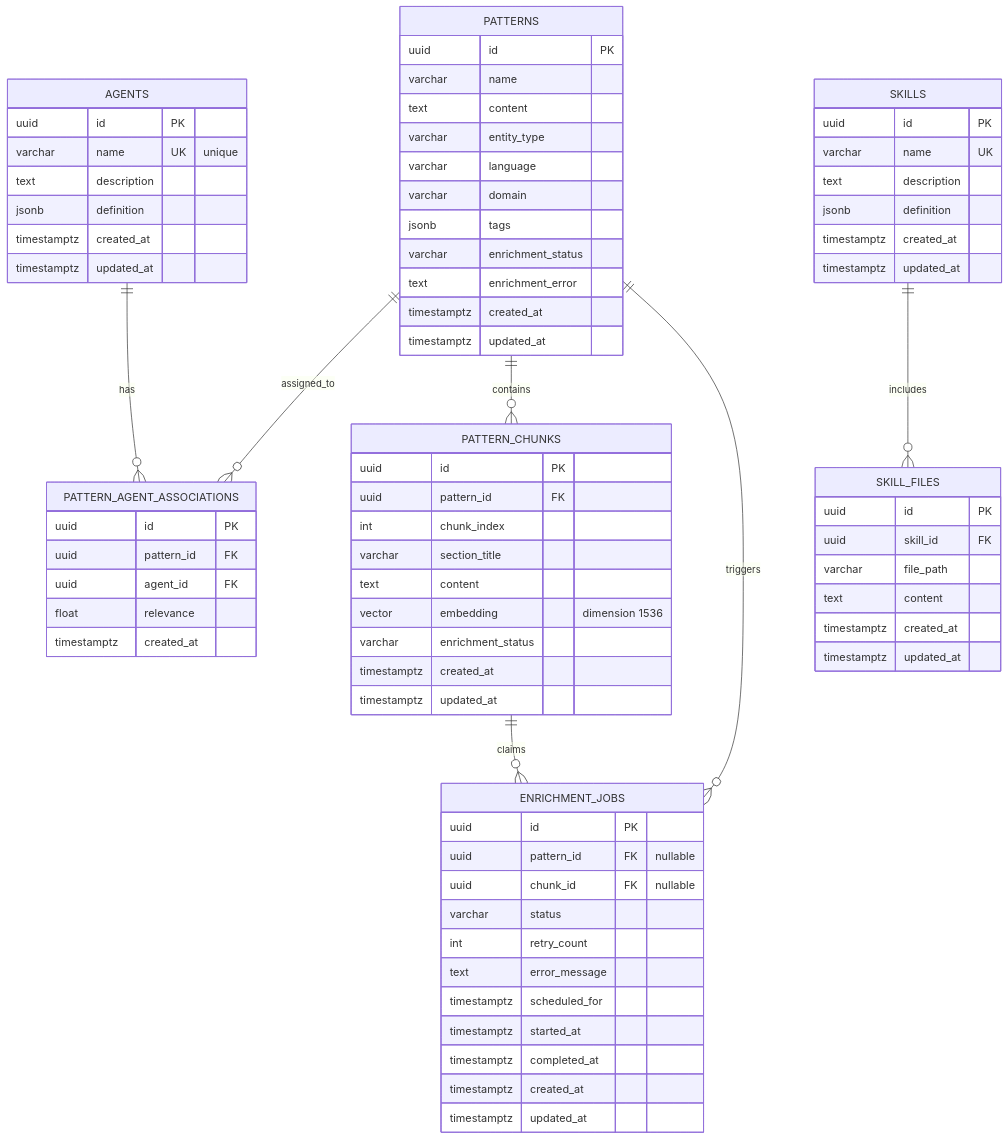
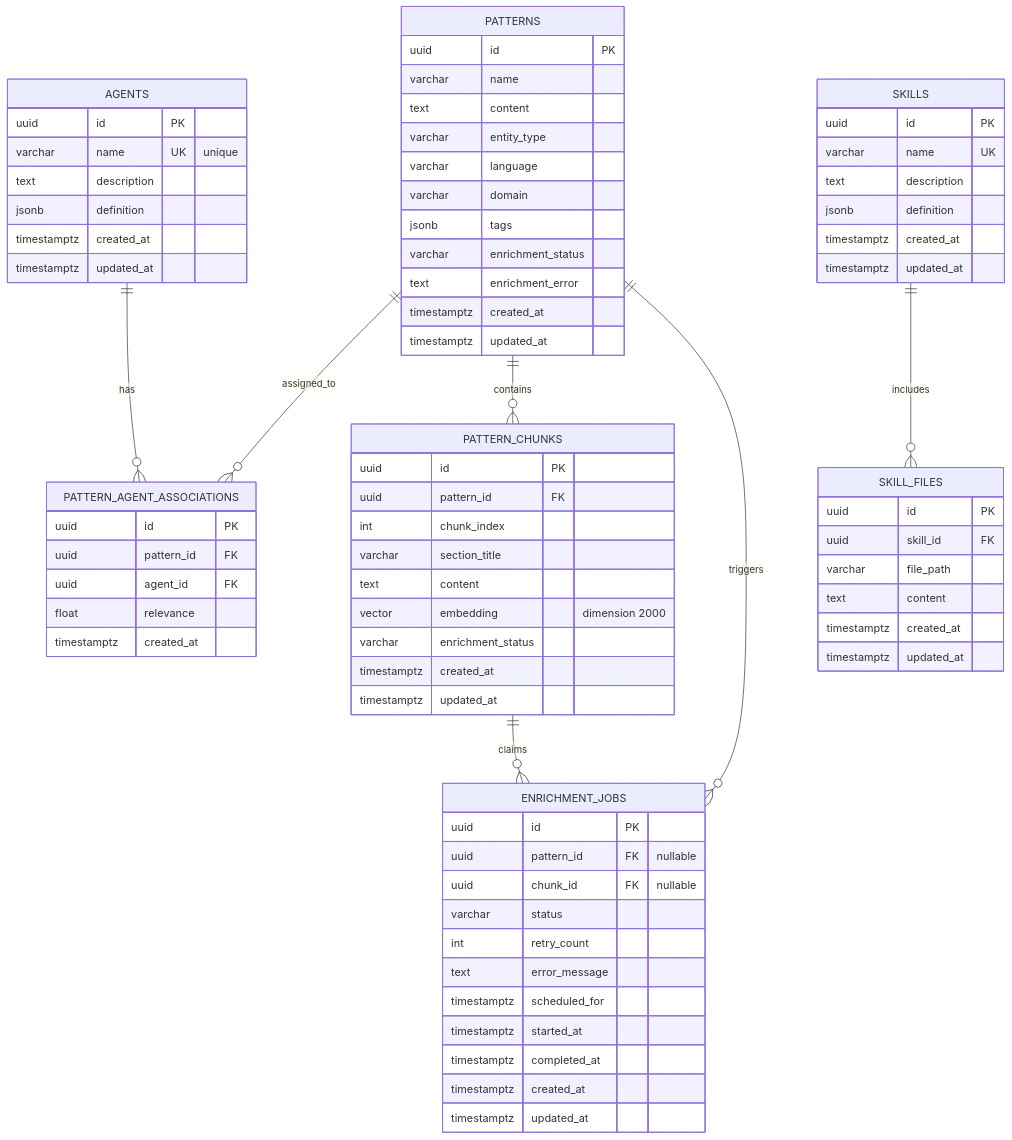
The second of 8 diagrams in docs/architecture/system/04-data-architecture.md (twistingmercury/mnemonic-docs), drawn with Mermaid before and after one commit. The commit also changed other lines of this file and 3 other files, not shown here.

```diff
--- a/docs/architecture/system/04-data-architecture.md
+++ b/docs/architecture/system/04-data-architecture.md
@@ -183,7 +183,7 @@
         int chunk_index
         varchar section_title
         text content
-        vector embedding "dimension 1536"
+        vector embedding "dimension 2000"
         varchar enrichment_status
         timestamptz created_at
         timestamptz updated_at
```
